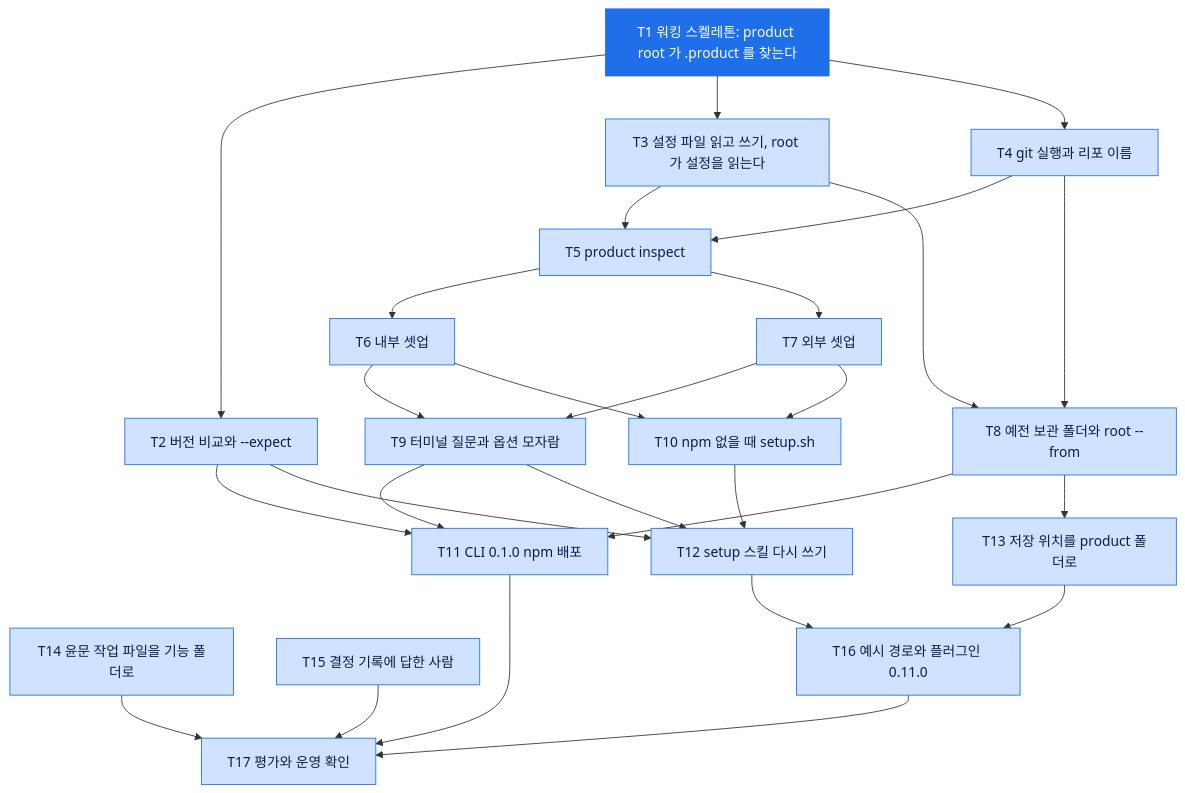
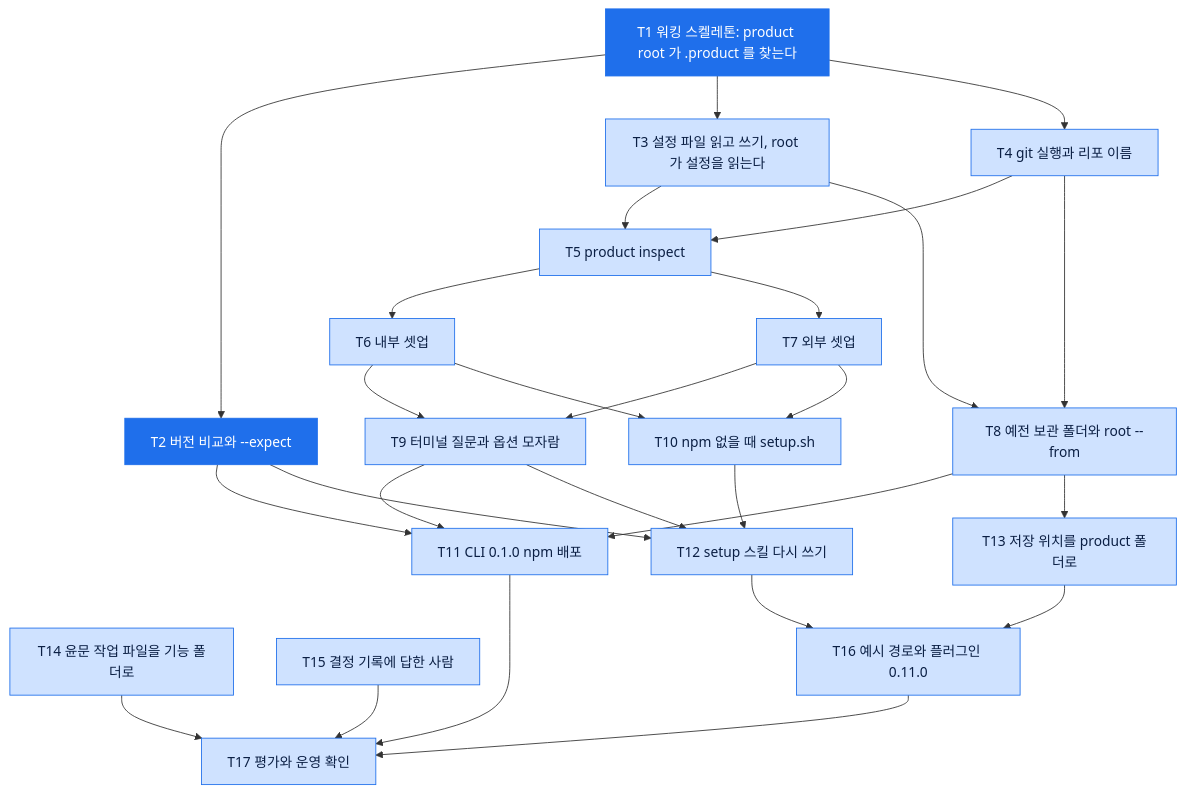
The diagram in .product/features/261122_setup-method/tasks.md (dorage/product-skills), drawn with Mermaid before and after one commit. The commit also changed other lines of this file and 3 other files, not shown here.

````diff
--- a/.product/features/261122_setup-method/tasks.md
+++ b/.product/features/261122_setup-method/tasks.md
@@ -7,50 +7,50 @@
 ```mermaid
 flowchart TD
     T1["T1 워킹 스켈레톤: product root 가 .product 를 찾는다"]
     T2["T2 버전 비교와 --expect"]
     T3["T3 설정 파일 읽고 쓰기, root 가 설정을 읽는다"]
     T4["T4 git 실행과 리포 이름"]
     T5["T5 product inspect"]
     T6["T6 내부 셋업"]
     T7["T7 외부 셋업"]
     T8["T8 예전 보관 폴더와 root --from"]
     T9["T9 터미널 질문과 옵션 모자람"]
     T10["T10 npm 없을 때 setup.sh"]
     T11["T11 CLI 0.1.0 npm 배포"]
     T12["T12 setup 스킬 다시 쓰기"]
     T13["T13 저장 위치를 product 폴더로"]
     T14["T14 윤문 작업 파일을 기능 폴더로"]
     T15["T15 결정 기록에 답한 사람"]
     T16["T16 예시 경로와 플러그인 0.11.0"]
     T17["T17 평가와 운영 확인"]
     T1 --> T2
     T1 --> T3
     T1 --> T4
     T3 --> T5
     T4 --> T5
     T5 --> T6
     T5 --> T7
     T3 --> T8
     T4 --> T8
     T6 --> T9
     T7 --> T9
     T6 --> T10
     T7 --> T10
     T2 --> T11
     T8 --> T11
     T9 --> T11
     T9 --> T12
     T10 --> T12
     T2 --> T12
     T8 --> T13
     T12 --> T16
     T13 --> T16
     T11 --> T17
     T14 --> T17
     T15 --> T17
     T16 --> T17
     classDef done fill:#1f6feb,stroke:#1f6feb,color:#ffffff
     classDef todo fill:#cfe2ff,stroke:#1f6feb,color:#0b1f44
-    class T1 done
-    class T2,T3,T4,T5,T6,T7,T8,T9,T10,T11,T12,T13,T14,T15,T16,T17 todo
+    class T1,T2 done
+    class T3,T4,T5,T6,T7,T8,T9,T10,T11,T12,T13,T14,T15,T16,T17 todo
 ```
````
